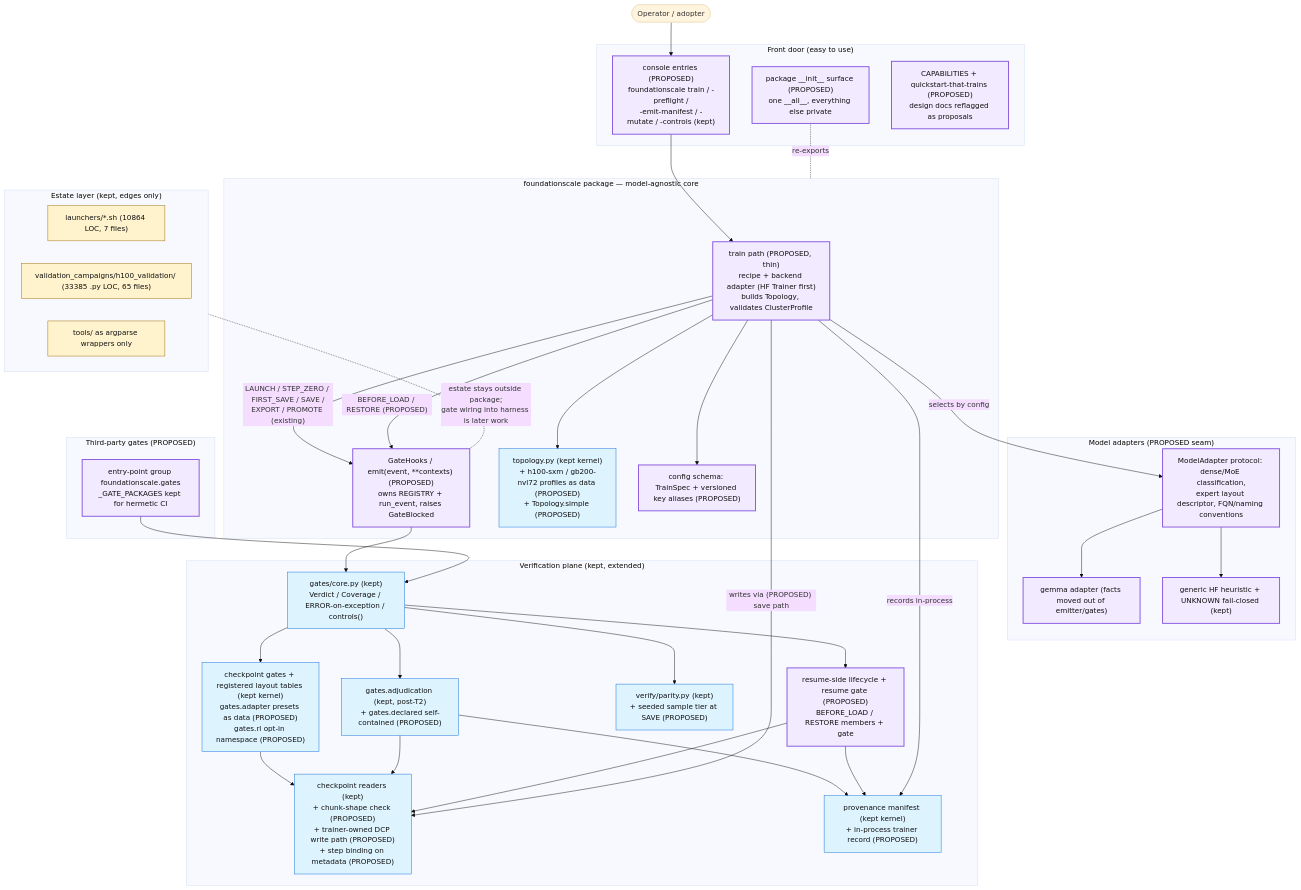
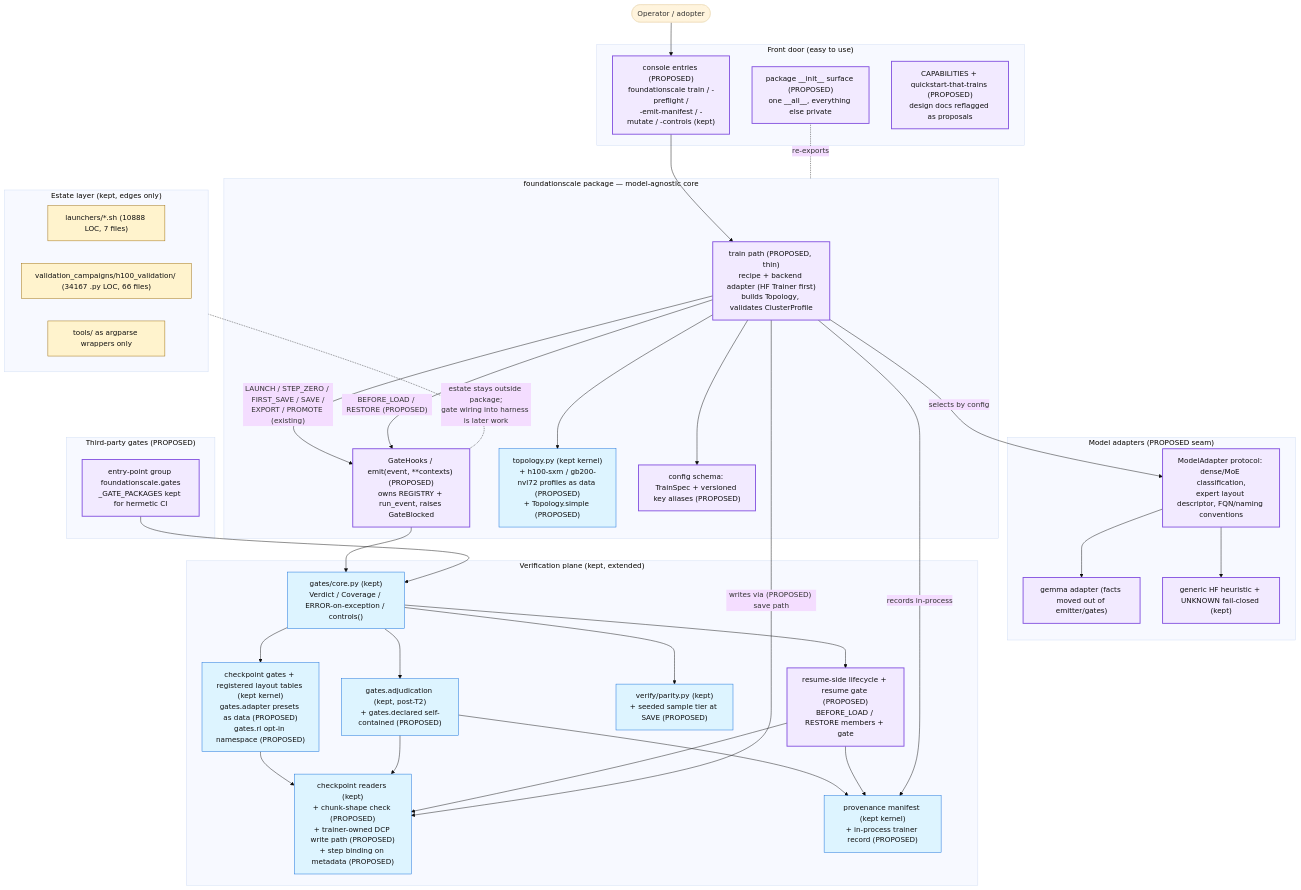
One commit to TranNhiem/FoundationScale changed the diagram in docs/review/D5_proposed_architecture.md. Above: the diagram before and after it, drawn with Mermaid (base theme). The commit also changed other lines of this file and 17 other files, not shown here.

````diff
--- a/docs/review/D5_proposed_architecture.md
+++ b/docs/review/D5_proposed_architecture.md
@@ -13,74 +13,74 @@
 ```mermaid
 flowchart TB
   U(["Operator / adopter"])
 
   subgraph FRONT["Front door (easy to use)"]
     CLI["console entries (PROPOSED)<br/>foundationscale train / -preflight /<br/>-emit-manifest / -mutate / -controls (kept)"]
     SURF["package __init__ surface (PROPOSED)<br/>one __all__, everything else private"]
     DOCS["CAPABILITIES + quickstart-that-trains (PROPOSED)<br/>design docs reflagged as proposals"]
   end
 
   subgraph CORE["foundationscale package — model-agnostic core"]
     TRAIN["train path (PROPOSED, thin)<br/>recipe + backend adapter (HF Trainer first)<br/>builds Topology, validates ClusterProfile"]
     HOOKS["GateHooks / emit(event, **contexts) (PROPOSED)<br/>owns REGISTRY + run_event, raises GateBlocked"]
     TOPO["topology.py (kept kernel)<br/>+ h100-sxm / gb200-nvl72 profiles as data (PROPOSED)<br/>+ Topology.simple (PROPOSED)"]
     CONFIG["config schema: TrainSpec + versioned key aliases (PROPOSED)"]
   end
 
   subgraph ADAPT["Model adapters (PROPOSED seam)"]
     MA["ModelAdapter protocol: dense/MoE classification,<br/>expert layout descriptor, FQN/naming conventions"]
     GEM["gemma adapter (facts moved out of emitter/gates)"]
     HF["generic HF heuristic + UNKNOWN fail-closed (kept)"]
   end
 
   subgraph VERIFY["Verification plane (kept, extended)"]
     GCORE["gates/core.py (kept)<br/>Verdict / Coverage / ERROR-on-exception / controls()"]
     GCK["checkpoint gates + registered layout tables (kept kernel)<br/>gates.adapter presets as data (PROPOSED)<br/>gates.rl opt-in namespace (PROPOSED)"]
     ADJ["gates.adjudication (kept, post-T2)<br/>+ gates.declared self-contained (PROPOSED)"]
     PAR["verify/parity.py (kept)<br/>+ seeded sample tier at SAVE (PROPOSED)"]
     CKIO["checkpoint readers (kept)<br/>+ chunk-shape check (PROPOSED)<br/>+ trainer-owned DCP write path (PROPOSED)<br/>+ step binding on metadata (PROPOSED)"]
     PROV["provenance manifest (kept kernel)<br/>+ in-process trainer record (PROPOSED)"]
     RES["resume-side lifecycle + resume gate (PROPOSED)<br/>BEFORE_LOAD / RESTORE members + gate"]
   end
 
   subgraph PLUG["Third-party gates (PROPOSED)"]
     EP["entry-point group foundationscale.gates<br/>_GATE_PACKAGES kept for hermetic CI"]
   end
 
   subgraph ESTATE["Estate layer (kept, edges only)"]
-    LAU["launchers/*.sh (10864 LOC, 7 files)"]
-    H100["validation_campaigns/h100_validation/ (33385 .py LOC, 65 files)"]
+    LAU["launchers/*.sh (10888 LOC, 7 files)"]
+    H100["validation_campaigns/h100_validation/ (34167 .py LOC, 66 files)"]
     WRAP["tools/ as argparse wrappers only"]
   end
 
   U --> CLI --> TRAIN
   SURF -. re-exports .- CORE
   TRAIN --> TOPO
   TRAIN --> CONFIG
   TRAIN -- "selects by config" --> MA
   MA --> GEM
   MA --> HF
   TRAIN -- "LAUNCH / STEP_ZERO / FIRST_SAVE / SAVE /<br/>EXPORT / PROMOTE (existing)" --> HOOKS
   TRAIN -- "BEFORE_LOAD / RESTORE (PROPOSED)" --> HOOKS
   HOOKS --> GCORE
   EP --> GCORE
   GCORE --> GCK
   GCORE --> ADJ
   GCORE --> PAR
   GCORE --> RES
   GCK --> CKIO
   ADJ --> CKIO
   ADJ --> PROV
   RES --> CKIO
   RES --> PROV
   TRAIN -- "writes via (PROPOSED) save path" --> CKIO
   TRAIN -- "records in-process" --> PROV
   ESTATE -. "estate stays outside package;<br/>gate wiring into harness is later work" .- HOOKS
 
   classDef new fill:#f2eaff,stroke:#8250df,stroke-width:2px,color:#111;
   classDef kept fill:#ddf4ff,stroke:#0969da,color:#111;
   classDef estate fill:#fff3cd,stroke:#9a6700,color:#111;
   class TRAIN,HOOKS,CLI,SURF,DOCS,MA,GEM,HF,RES,EP,CONFIG new;
   class GCORE,GCK,ADJ,PAR,CKIO,PROV,TOPO kept;
   class LAU,H100,WRAP estate;
 ```
````
